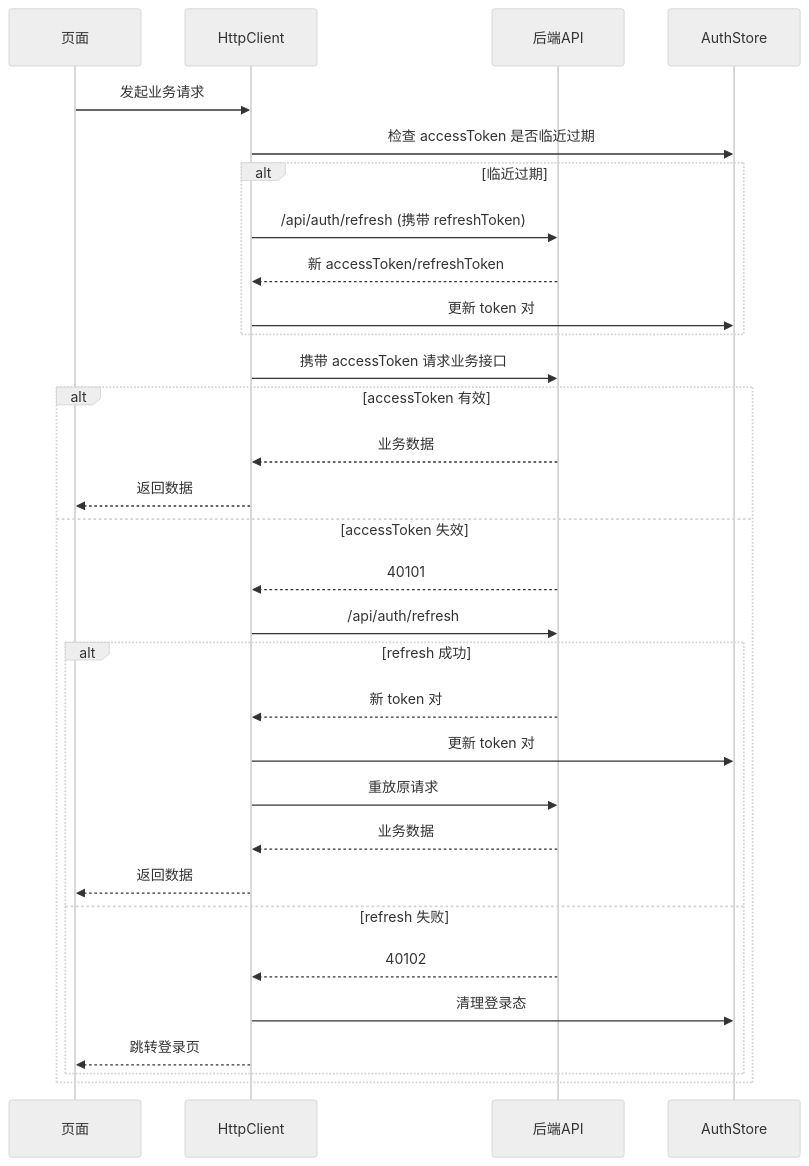
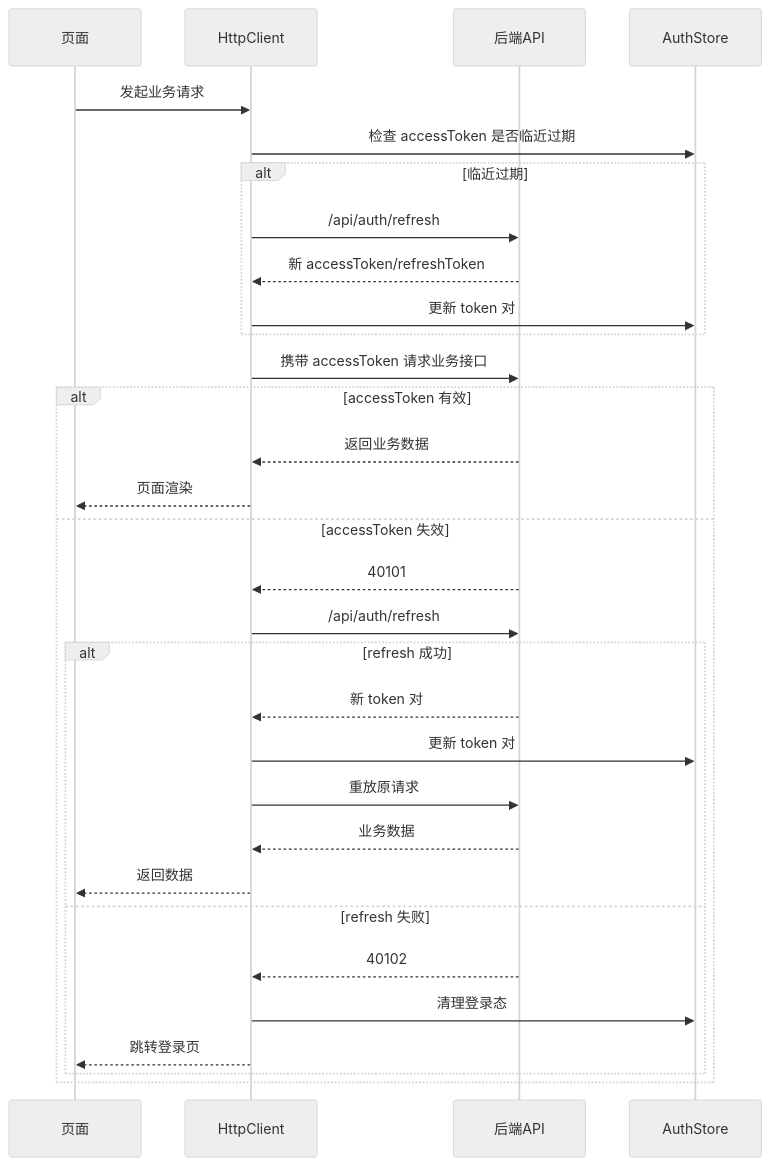
Before and after one commit to 1942847253/amu-ui: the diagram in templates/amu-admin/README.md, drawn with Mermaid (neutral theme). The commit also changed other lines of this file and 29 other files, not shown here.

````diff
--- a/templates/amu-admin/README.md
+++ b/templates/amu-admin/README.md
@@ -87,35 +185,35 @@
 ```mermaid
 sequenceDiagram
 	participant Page as 页面
 	participant Http as HttpClient
 	participant API as 后端API
 	participant Auth as AuthStore
 
 	Page->>Http: 发起业务请求
 	Http->>Auth: 检查 accessToken 是否临近过期
 	alt 临近过期
-		Http->>API: /api/auth/refresh (携带 refreshToken)
+		Http->>API: /api/auth/refresh
 		API-->>Http: 新 accessToken/refreshToken
 		Http->>Auth: 更新 token 对
 	end
 
 	Http->>API: 携带 accessToken 请求业务接口
 	alt accessToken 有效
-		API-->>Http: 业务数据
-		Http-->>Page: 返回数据
+		API-->>Http: 返回业务数据
+		Http-->>Page: 页面渲染
 	else accessToken 失效
 		API-->>Http: 40101
 		Http->>API: /api/auth/refresh
 		alt refresh 成功
 			API-->>Http: 新 token 对
 			Http->>Auth: 更新 token 对
 			Http->>API: 重放原请求
 			API-->>Http: 业务数据
 			Http-->>Page: 返回数据
 		else refresh 失败
 			API-->>Http: 40102
 			Http->>Auth: 清理登录态
 			Http-->>Page: 跳转登录页
 		end
 	end
 ```
````
